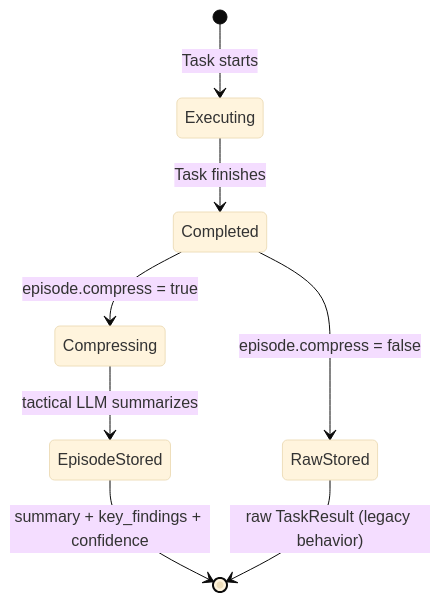
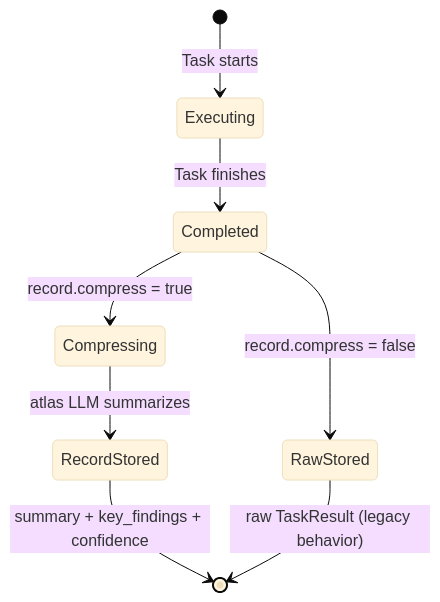
The ninth of 23 diagrams in docs/brainstorm/nika-evolution/11-nika-030-technical-reference.md (supernovae-st/nika), drawn with Mermaid (base theme) before and after one commit. The commit also changed other lines of this file and 12 other files, not shown here.

````diff
--- a/docs/brainstorm/nika-evolution/11-nika-030-technical-reference.md
+++ b/docs/brainstorm/nika-evolution/11-nika-030-technical-reference.md
@@ -526,11 +526,11 @@
 ```mermaid
 stateDiagram-v2
     [*] --> Executing: Task starts
     Executing --> Completed: Task finishes
-    Completed --> Compressing: episode.compress = true
-    Compressing --> EpisodeStored: tactical LLM summarizes
-    Completed --> RawStored: episode.compress = false
+    Completed --> Compressing: record.compress = true
+    Compressing --> RecordStored: atlas LLM summarizes
+    Completed --> RawStored: record.compress = false
 
-    EpisodeStored --> [*]: summary + key_findings + confidence
+    RecordStored --> [*]: summary + key_findings + confidence
     RawStored --> [*]: raw TaskResult (legacy behavior)
 ```
````
